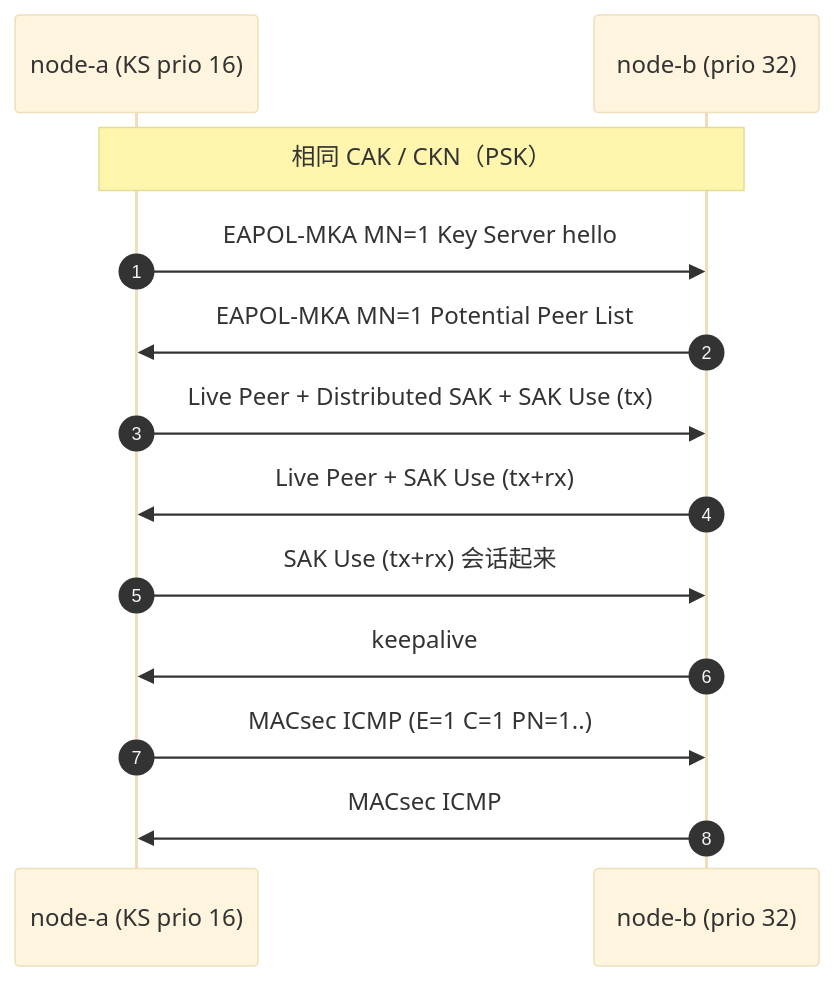
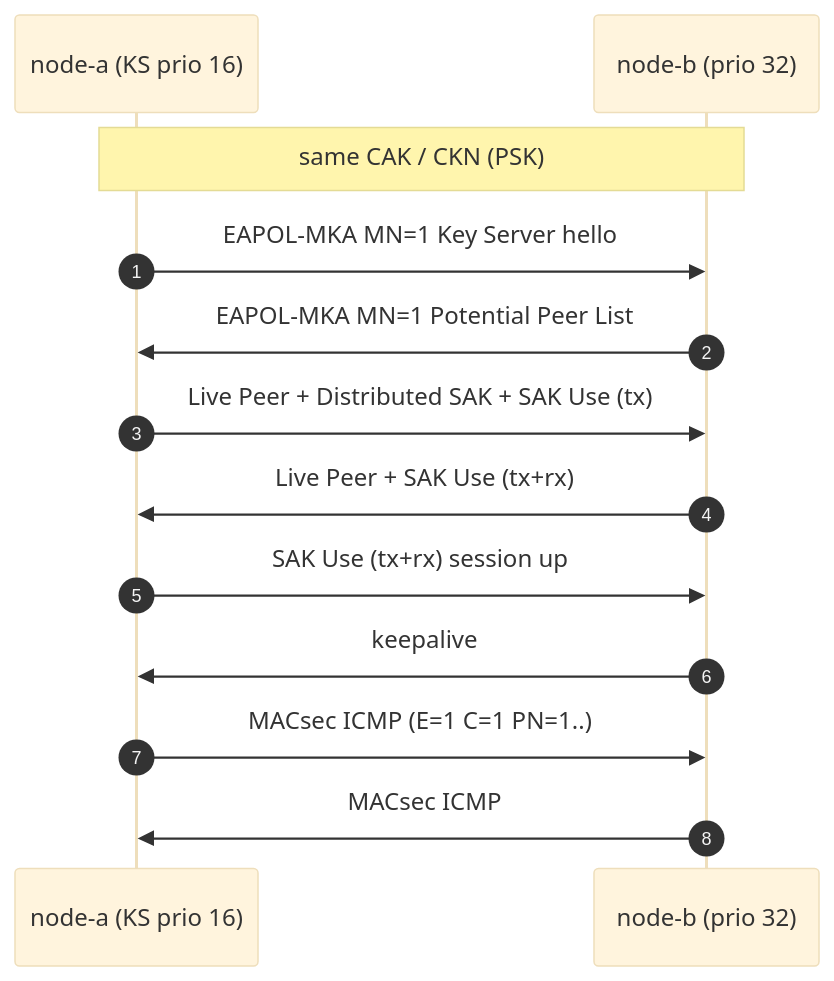
One commit to johnfu-ai/MACsec_Lab changed the first of 2 diagrams in README.md. Above: the diagram before and after it, drawn with Mermaid (base theme). The commit also changed other lines of this file and 28 other files, not shown here.

First line of the commit message:
Add EAP-derived CAK storyline: MSK -> CAK/CKN KDF, mka-after-eap.pcap, key-hierarchy doc

````diff
--- a/README.md
+++ b/README.md
@@ -34,15 +40,15 @@
 ```mermaid
 sequenceDiagram
     autonumber
     participant A as node-a (KS prio 16)
     participant B as node-b (prio 32)
-    Note over A,B: 相同 CAK / CKN（PSK）
+    Note over A,B: same CAK / CKN (PSK)
     A->>B: EAPOL-MKA MN=1 Key Server hello
     B->>A: EAPOL-MKA MN=1 Potential Peer List
     A->>B: Live Peer + Distributed SAK + SAK Use (tx)
     B->>A: Live Peer + SAK Use (tx+rx)
-    A->>B: SAK Use (tx+rx) 会话起来
+    A->>B: SAK Use (tx+rx) session up
     B->>A: keepalive
     A->>B: MACsec ICMP (E=1 C=1 PN=1..)
     B->>A: MACsec ICMP
 ```
````
